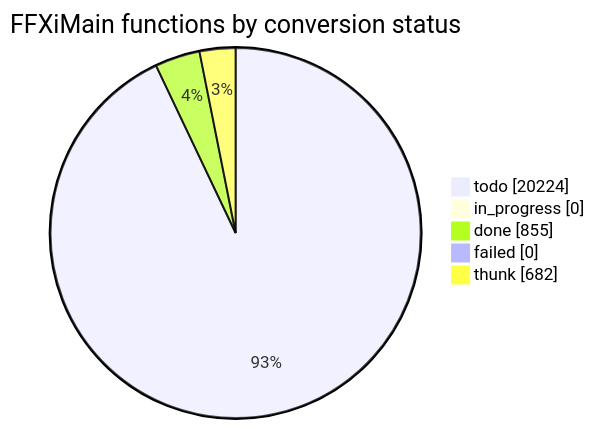
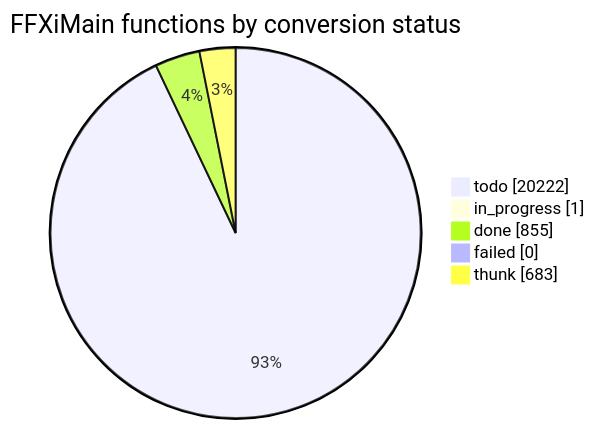
Before and after one commit to cowrevenge/cow_kuluu_xi_anything: the diagram in docs/cow/STATUS.md, drawn with Mermaid. The commit also changed other lines of this file and 7 other files, not shown here.

````diff
--- a/docs/cow/STATUS.md
+++ b/docs/cow/STATUS.md
@@ -18,9 +18,9 @@
 ```mermaid
 pie showData
     title FFXiMain functions by conversion status
-    "todo" : 20224
-    "in_progress" : 0
+    "todo" : 20222
+    "in_progress" : 1
     "done" : 855
     "failed" : 0
-    "thunk" : 682
+    "thunk" : 683
 ```
````
